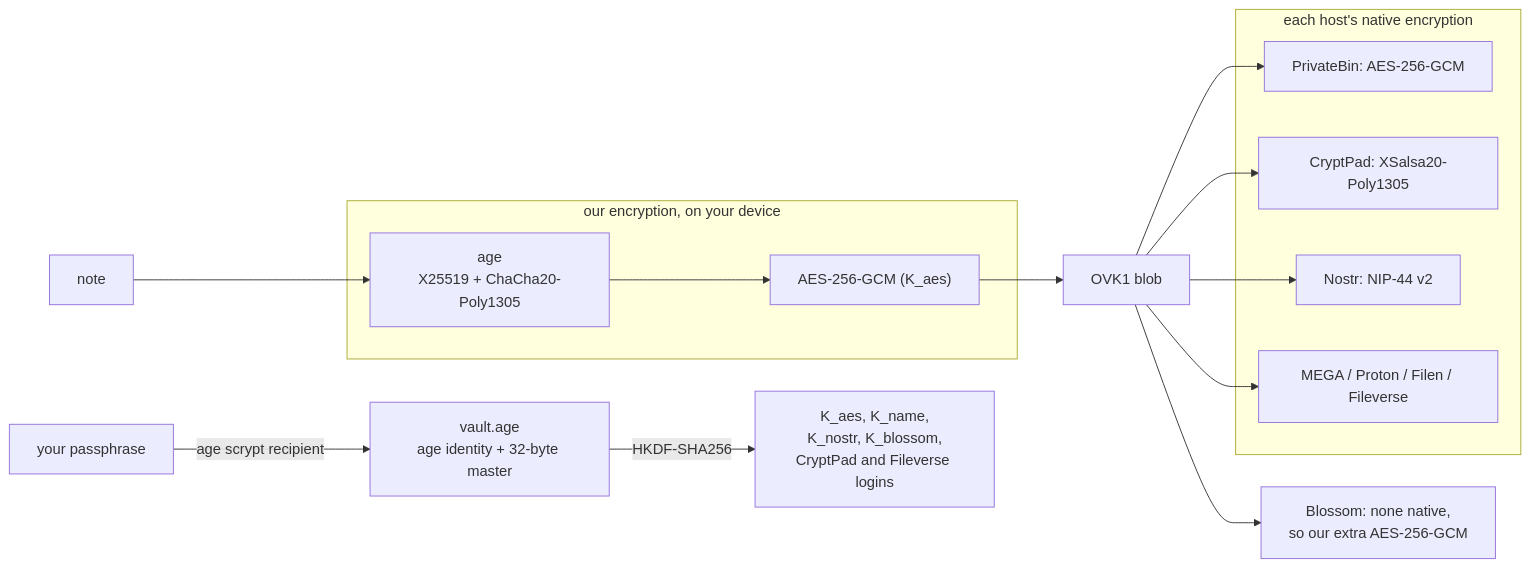
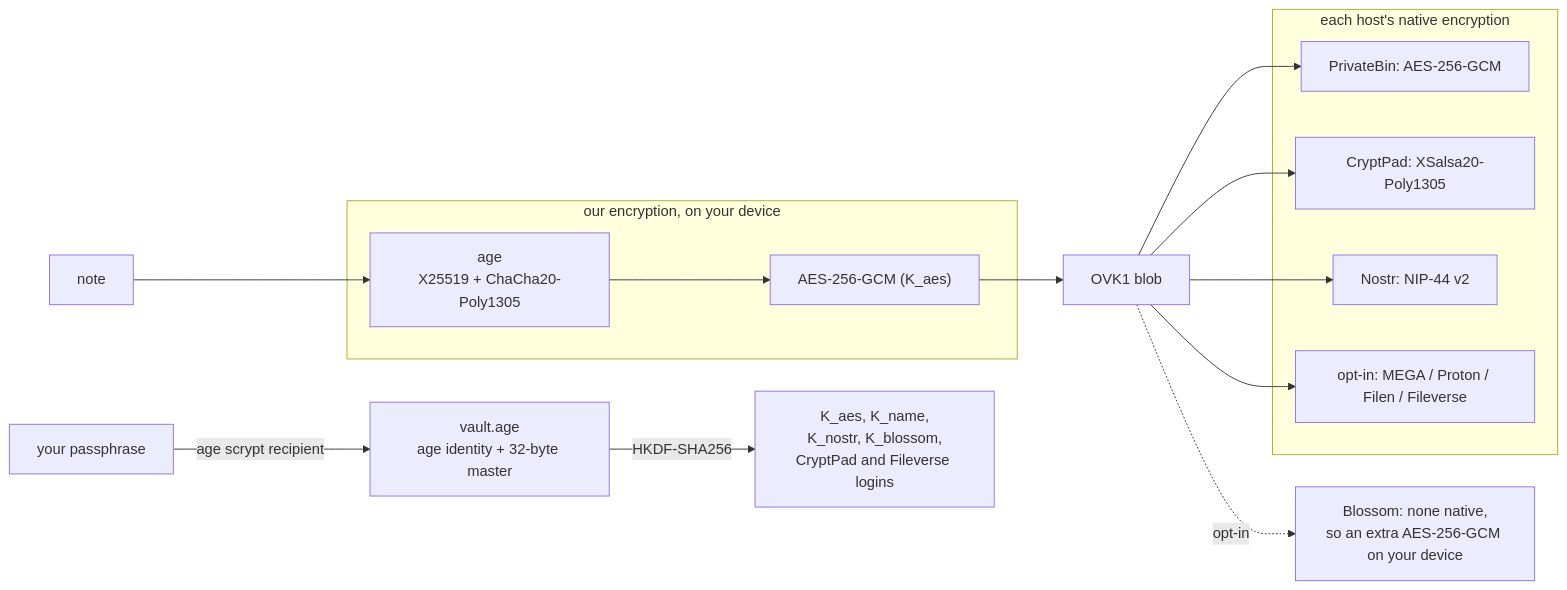
Before and after one commit to GaussRun/super-secret-notes: the diagram in README.md, drawn with Mermaid. The commit also changed other lines of this file and 30 other files, not shown here.

````diff
--- a/README.md
+++ b/README.md
@@ -278,18 +279,18 @@
 ```mermaid
 flowchart LR
   P[your passphrase] -- "age scrypt recipient" --> V["vault.age<br/>age identity + 32-byte master"]
   V -- "HKDF-SHA256" --> K["K_aes, K_name,<br/>K_nostr, K_blossom,<br/>CryptPad and Fileverse logins"]
   subgraph ours["our encryption, on your device"]
     L1["age<br/>X25519 + ChaCha20-Poly1305"] --> L2["AES-256-GCM (K_aes)"]
   end
   subgraph native["each host's native encryption"]
     H1[PrivateBin: AES-256-GCM]
     H2[CryptPad: XSalsa20-Poly1305]
     H3[Nostr: NIP-44 v2]
-    H5[MEGA / Proton / Filen / Fileverse]
+    H5[opt-in: MEGA / Proton / Filen / Fileverse]
   end
   N[note] --> L1
   L2 --> B["OVK1 blob"]
   B --> H1 & H2 & H3 & H5
-  B --> H4["Blossom: none native,<br/>so our extra AES-256-GCM"]
+  B -. opt-in .-> H4["Blossom: none native,<br/>so an extra AES-256-GCM on your device"]
 ```
````
